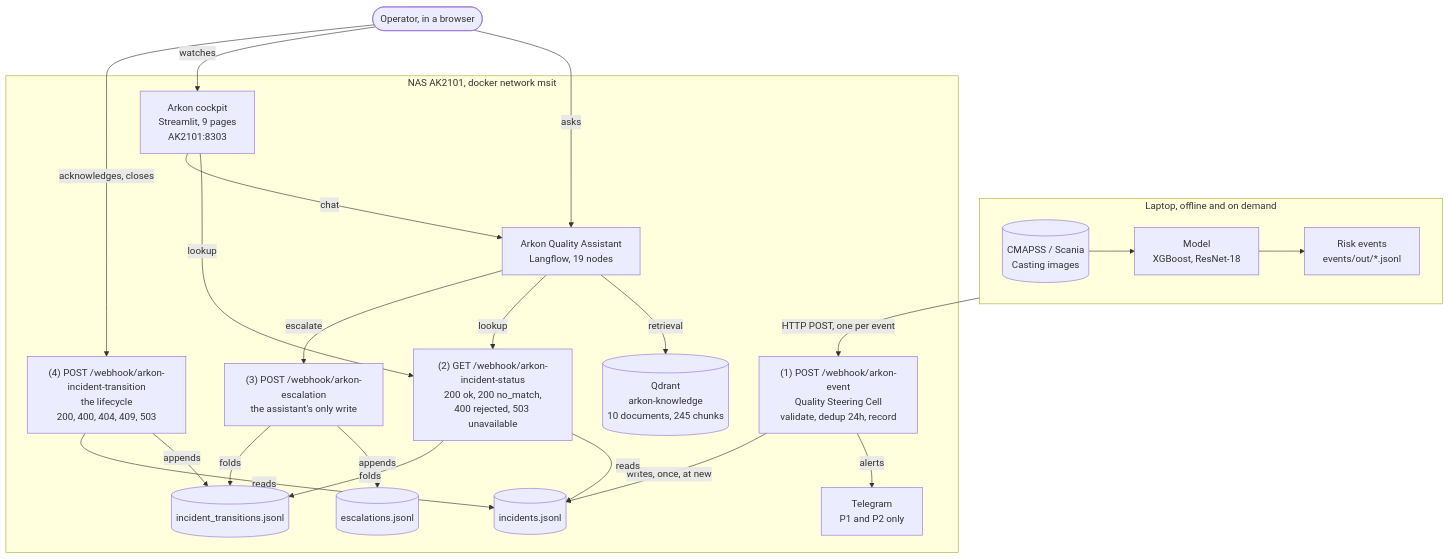
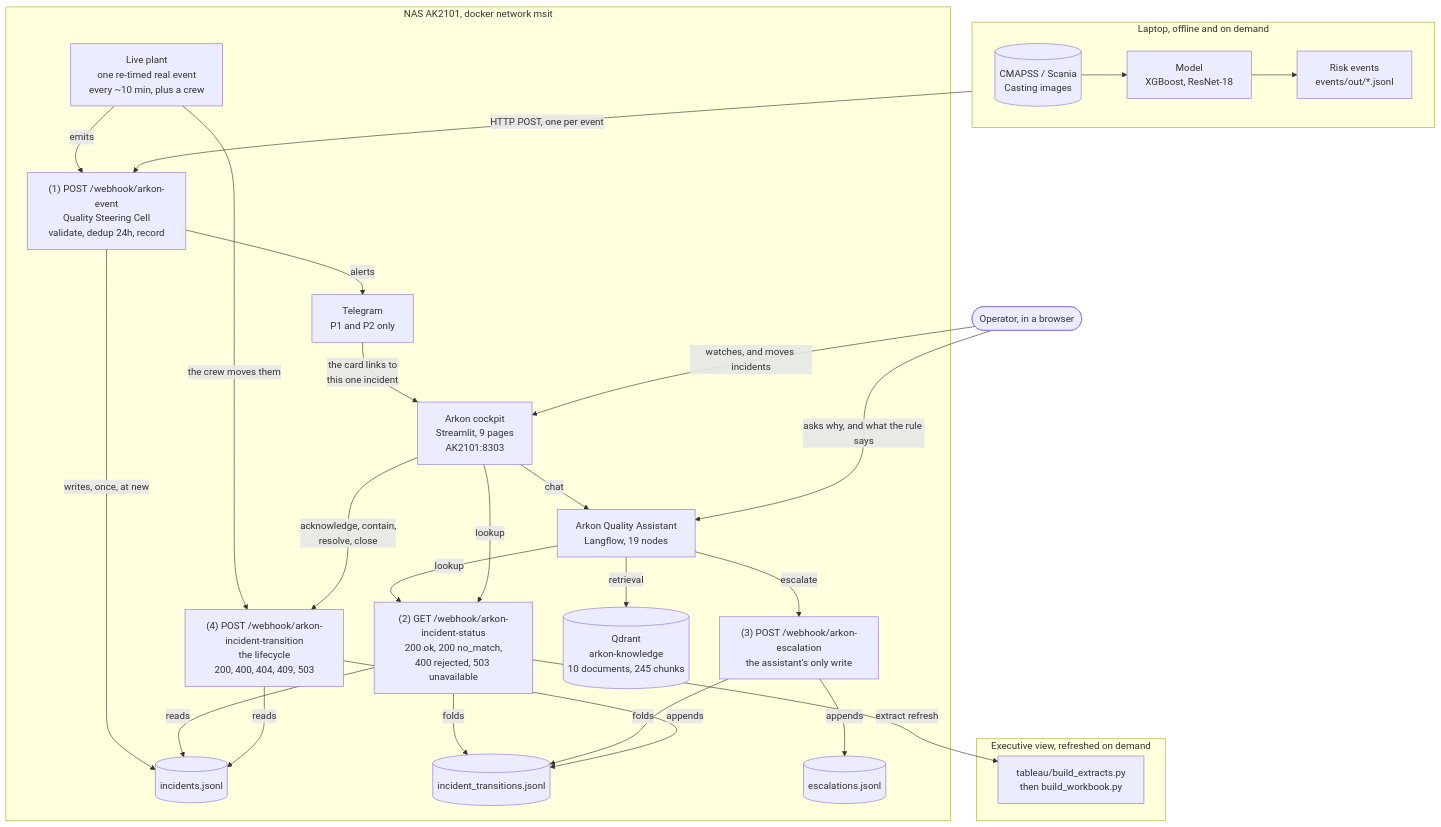
The first of 2 diagrams in README.md (sergey-kasatov/arkon-manufacturing-ai), drawn with Mermaid before and after one commit. The commit also changed other lines of this file and 14 other files, not shown here.

````diff
--- a/README.md
+++ b/README.md
@@ -370,42 +464,51 @@
 ```mermaid
 flowchart TB
   subgraph LAPTOP["Laptop, offline and on demand"]
     direction LR
     DATA[("CMAPSS / Scania<br/>Casting images")] --> MODEL["Model<br/>XGBoost, ResNet-18"] --> EV["Risk events<br/>events/out/*.jsonl"]
   end
 
   OP(["Operator, in a browser"])
 
   subgraph NAS["NAS AK2101, docker network msit"]
     W1["(1) POST /webhook/arkon-event<br/>Quality Steering Cell<br/>validate, dedup 24h, record"]
     ASSIST["Arkon Quality Assistant<br/>Langflow, 19 nodes"]
     COCK["Arkon cockpit<br/>Streamlit, 9 pages<br/>AK2101:8303"]
     W2["(2) GET /webhook/arkon-incident-status<br/>200 ok, 200 no_match,<br/>400 rejected, 503 unavailable"]
     W3["(3) POST /webhook/arkon-escalation<br/>the assistant's only write"]
     W4["(4) POST /webhook/arkon-incident-transition<br/>the lifecycle<br/>200, 400, 404, 409, 503"]
+    LP["Live plant<br/>one re-timed real event<br/>every ~10 min, plus a crew"]
     QD[("Qdrant<br/>arkon-knowledge<br/>10 documents, 245 chunks")]
     INC[("incidents.jsonl")]
     TRN[("incident_transitions.jsonl")]
     ESC[("escalations.jsonl")]
     TG["Telegram<br/>P1 and P2 only"]
 
     W1 -- alerts --> TG
     W1 -- "writes, once, at new" --> INC
+    LP -- "emits" --> W1
+    LP -- "the crew moves them" --> W4
     ASSIST -- retrieval --> QD
     ASSIST -- lookup --> W2
     ASSIST -- escalate --> W3
     W2 -- reads --> INC
     W2 -- "folds" --> TRN
     COCK -- lookup --> W2
+    COCK -- "acknowledge, contain,<br/>resolve, close" --> W4
     COCK -- chat --> ASSIST
     W3 -- appends --> ESC
     W3 -- "folds" --> TRN
     W4 -- appends --> TRN
     W4 -- reads --> INC
   end
 
+  subgraph EXEC["Executive view, refreshed on demand"]
+    TAB["tableau/build_extracts.py<br/>then build_workbook.py"]
+  end
+
   EV -- "HTTP POST, one per event" --> W1
-  OP -- "asks" --> ASSIST
-  OP -- "watches" --> COCK
-  OP -- "acknowledges, closes" --> W4
+  TG -- "the card links to<br/>this one incident" --> COCK
+  OP -- "asks why, and what the rule says" --> ASSIST
+  OP -- "watches, and moves incidents" --> COCK
+  W2 -- "extract refresh" --> TAB
 ```
````
